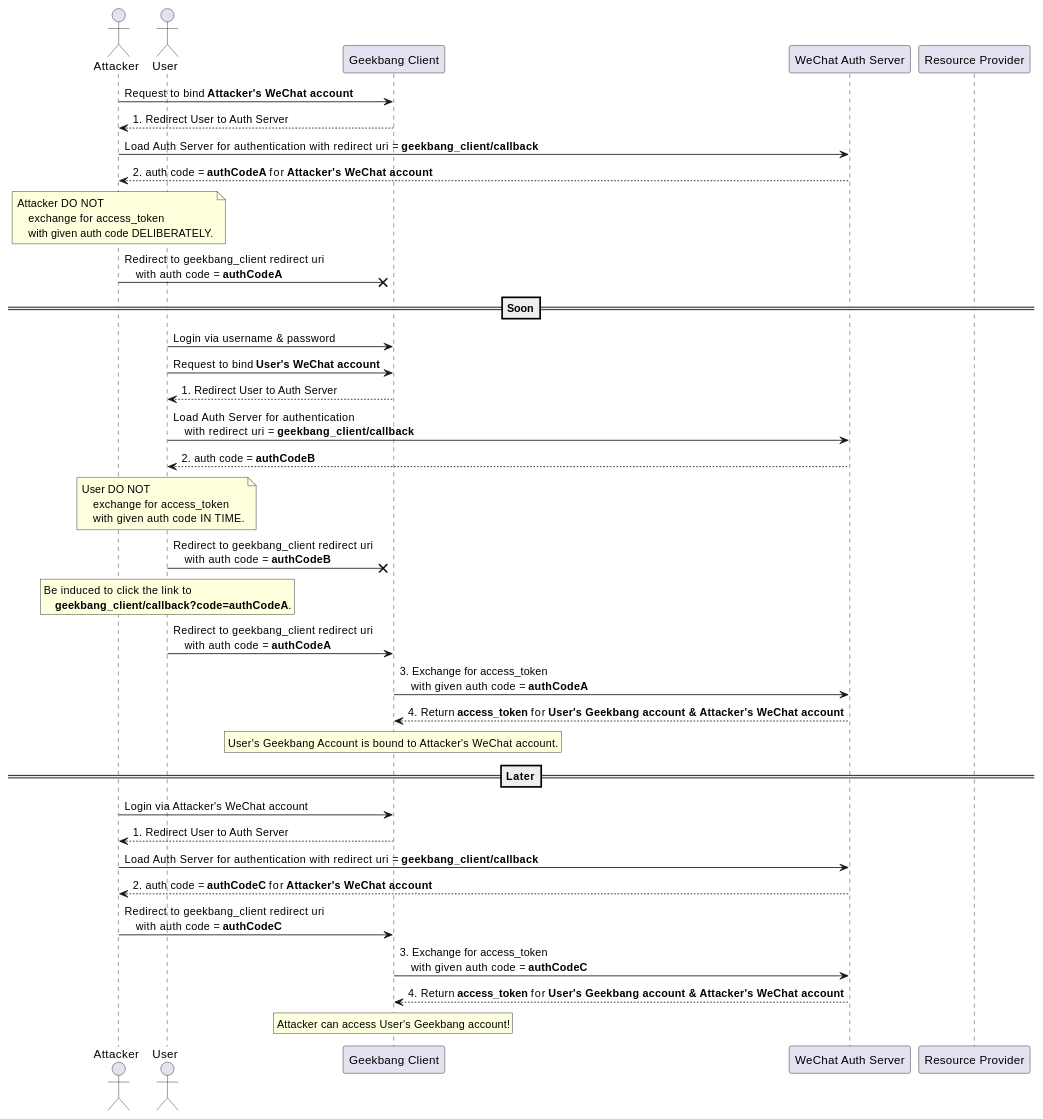
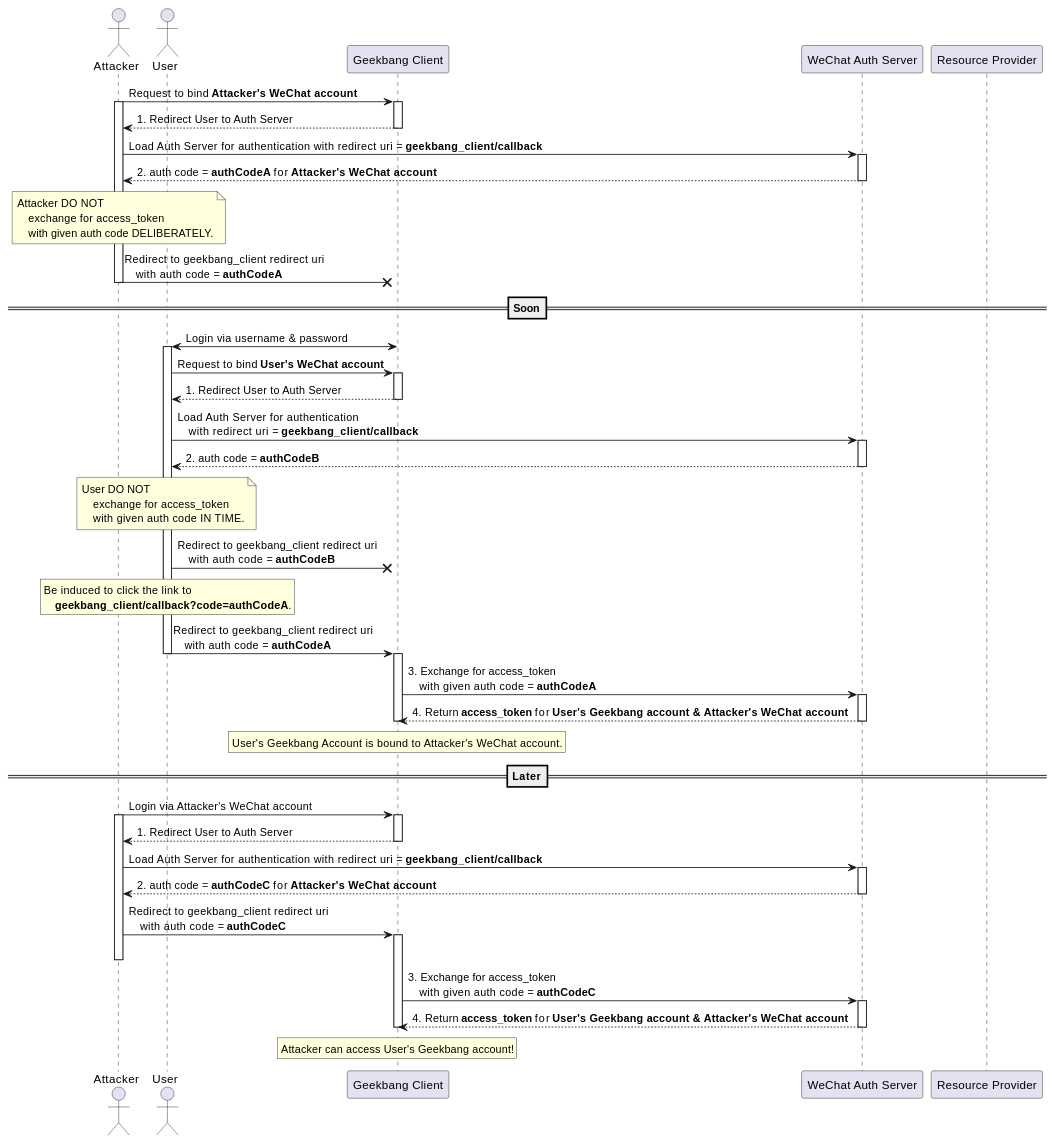
The first of 2 diagrams in auth/csrf-attack-on-oauth.md (IceHe/lib), drawn with PlantUML before and after one commit. The commit also changed other lines of this file and 1 other file, not shown here.

Commit message:
2021-11-04 18:06:20 Thu

```diff
--- a/auth/csrf-attack-on-oauth.md
+++ b/auth/csrf-attack-on-oauth.md
@@ -15,10 +15,15 @@
 participant protected_res as "Resource Provider"
 
 attacker -> geekbang_client: Request to bind **Attacker's WeChat account**
+activate attacker
+activate geekbang_client
 attacker <-- geekbang_client: 1. Redirect User to Auth Server
+deactivate geekbang_client
 
 attacker -> auth_serv: Load Auth Server for authentication with redirect uri = **geekbang_client/callback**
+activate auth_serv
 attacker <-- auth_serv: 2. auth code = **authCodeA** for **Attacker's WeChat account**
+deactivate auth_serv
 
 note over attacker
     Attacker DO NOT
@@ -27,15 +32,21 @@
 endrnote
 
 attacker -x geekbang_client: Redirect to geekbang_client redirect uri \n    with auth code = **authCodeA**
+deactivate attacker
 
 ==Soon==
 
-user -> geekbang_client: Login via username & password
+user <-> geekbang_client: Login via username & password
+activate user
 user -> geekbang_client: Request to bind **User's WeChat account**
+activate geekbang_client
 user <-- geekbang_client: 1. Redirect User to Auth Server
+deactivate geekbang_client
 
 user -> auth_serv: Load Auth Server for authentication \n    with redirect uri = **geekbang_client/callback**
+activate auth_serv
 user <-- auth_serv: 2. auth code = **authCodeB**
+deactivate auth_serv
 
 note over user
     User DO NOT
@@ -51,9 +62,14 @@
 endrnote
 
 user -> geekbang_client: Redirect to geekbang_client redirect uri \n    with auth code = **authCodeA**
+deactivate user
+activate geekbang_client
 
 geekbang_client -> auth_serv: 3. Exchange for access_token \n    with given auth code = **authCodeA**
+activate auth_serv
 geekbang_client <-- auth_serv: 4. Return **access_token** for **User's Geekbang account & Attacker's WeChat account**
+deactivate auth_serv
+deactivate geekbang_client
 
 rnote over geekbang_client
     User's Geekbang Account is bound to Attacker's WeChat account.
@@ -62,15 +78,25 @@
 ==Later==
 
 attacker -> geekbang_client: Login via Attacker's WeChat account
+activate attacker
+activate geekbang_client
 attacker <-- geekbang_client: 1. Redirect User to Auth Server
+deactivate geekbang_client
 
 attacker -> auth_serv: Load Auth Server for authentication with redirect uri = **geekbang_client/callback**
+activate auth_serv
 attacker <-- auth_serv: 2. auth code = **authCodeC** for **Attacker's WeChat account**
+deactivate auth_serv
 
 attacker -> geekbang_client: Redirect to geekbang_client redirect uri \n    with auth code = **authCodeC**
+activate geekbang_client
+deactivate attacker
 
 geekbang_client -> auth_serv: 3. Exchange for access_token \n    with given auth code = **authCodeC**
+activate auth_serv
 geekbang_client <-- auth_serv: 4. Return **access_token** for **User's Geekbang account & Attacker's WeChat account**
+deactivate auth_serv
+deactivate geekbang_client
 
 rnote over geekbang_client
     Attacker can access User's Geekbang account!
```
